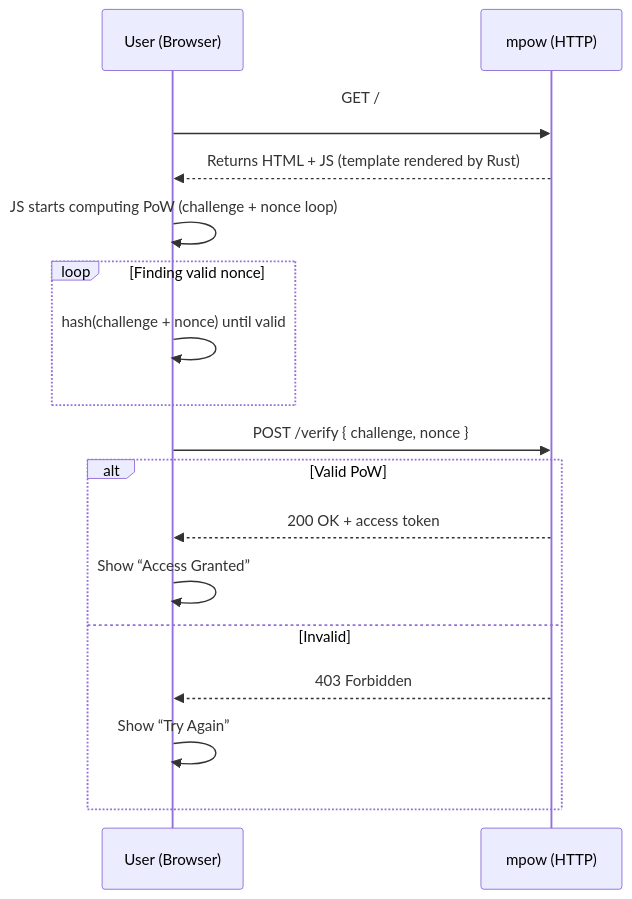
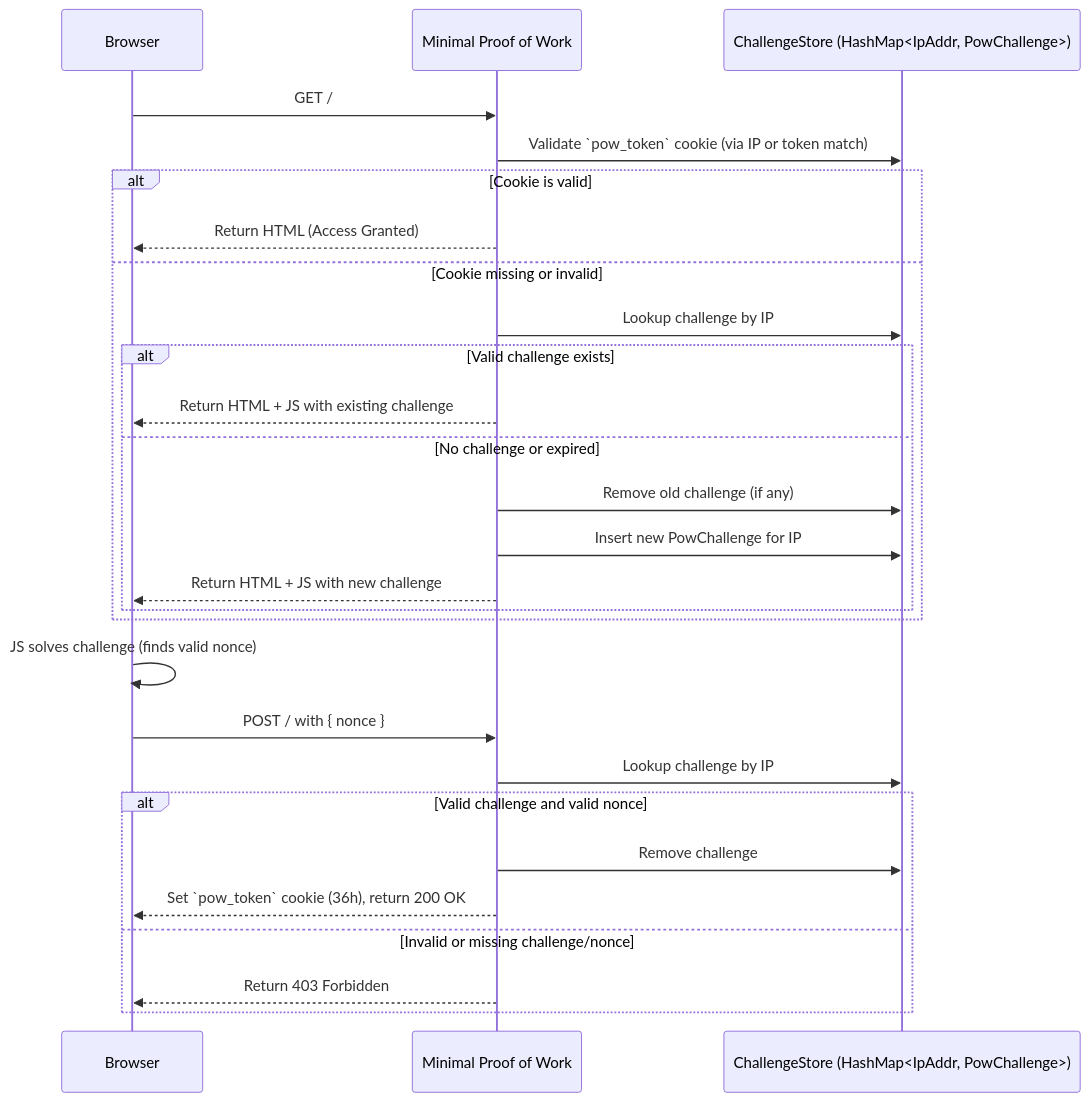
The diagram in README.md (KrzysztofMarciniak/mpow), drawn with Mermaid before and after one commit.

````diff
--- a/README.md
+++ b/README.md
@@ -3,20 +3,33 @@
 ```mermaid
 sequenceDiagram
-  participant User as User (Browser)
-  participant Server as mpow (HTTP)
+  participant Browser as Browser
+  participant Server as Minimal Proof of Work
+  participant Store as ChallengeStore (HashMap<IpAddr, PowChallenge>)
 
-  User ->> Server: GET /<br>
-  Server -->> User: Returns HTML + JS (template rendered by Rust)
-  User ->> User: JS starts computing PoW (challenge + nonce loop)
-  loop Finding valid nonce
-    User ->> User: hash(challenge + nonce) until valid
+  Browser ->> Server: GET /
+  Server ->> Store: Validate `pow_token` cookie (via IP or token match)
+  alt Cookie is valid
+    Server -->> Browser: Return HTML (Access Granted)
+  else Cookie missing or invalid
+    Server ->> Store: Lookup challenge by IP
+    alt Valid challenge exists
+      Server -->> Browser: Return HTML + JS with existing challenge
+    else No challenge or expired
+      Server ->> Store: Remove old challenge (if any)
+      Server ->> Store: Insert new PowChallenge for IP
+      Server -->> Browser: Return HTML + JS with new challenge
+    end
   end
-  User ->> Server: POST /verify { challenge, nonce }
-  alt Valid PoW
-    Server -->> User: 200 OK + access token
-    User ->> User: Show “Access Granted”
-  else Invalid
-    Server -->> User: 403 Forbidden
-    User ->> User: Show “Try Again”
+
+  Browser ->> Browser: JS solves challenge (finds valid nonce)
+  Browser ->> Server: POST / with { nonce }
+
+  Server ->> Store: Lookup challenge by IP
+  alt Valid challenge and valid nonce
+    Server ->> Store: Remove challenge
+    Server -->> Browser: Set `pow_token` cookie (36h), return 200 OK
+  else Invalid or missing challenge/nonce
+    Server -->> Browser: Return 403 Forbidden
   end
+
 ```
````
